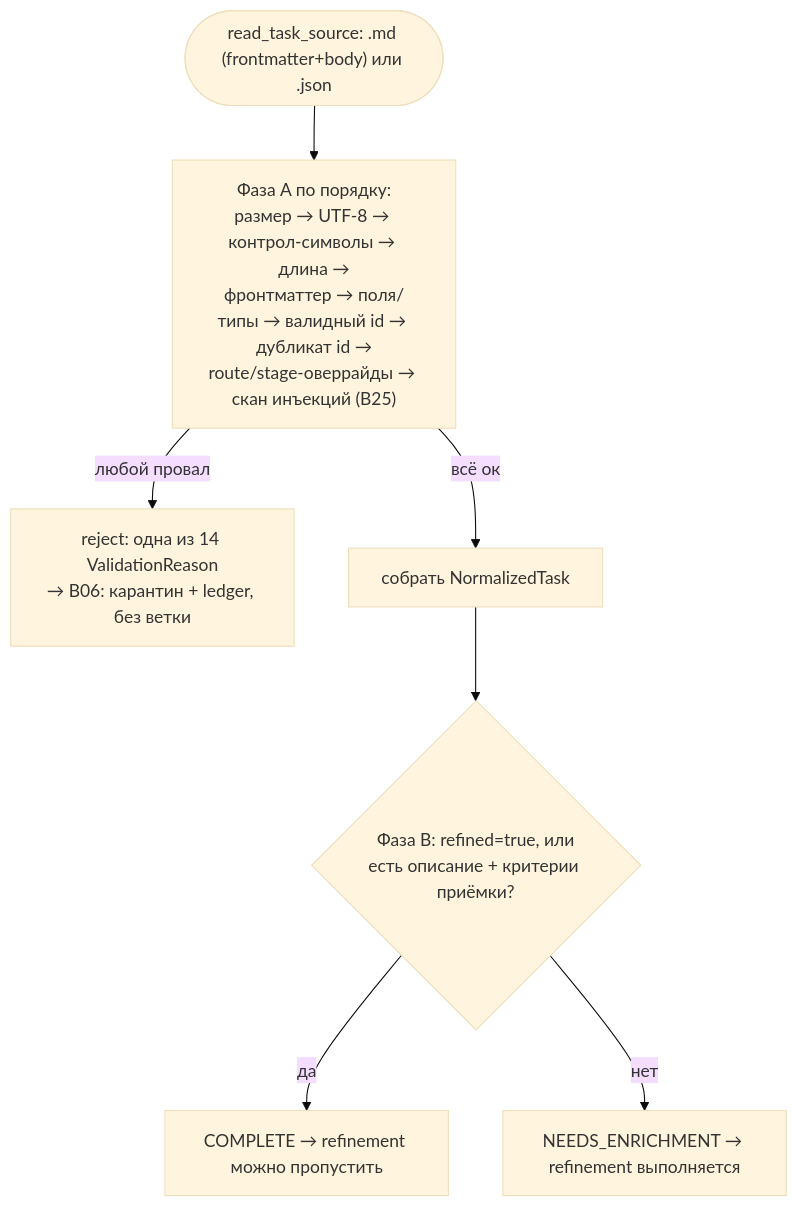
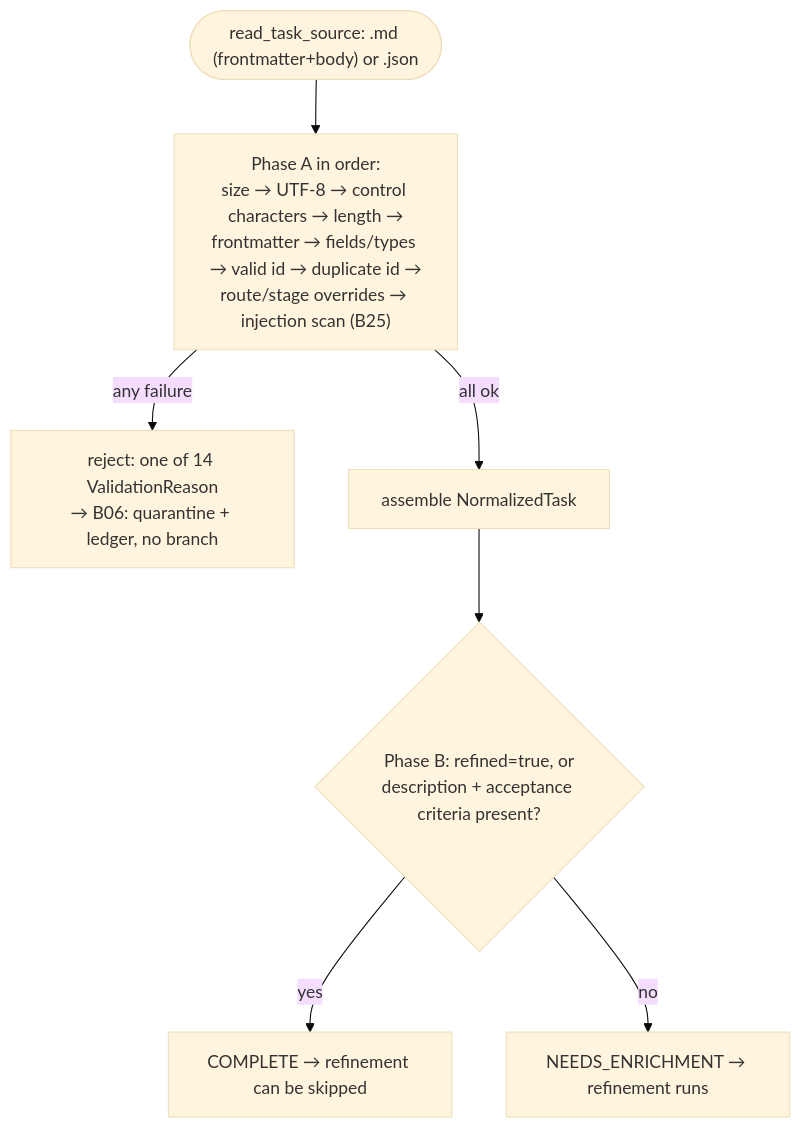
The diagram in docs/functional/blocks/B16-task-parsing-and-validation-gate.md (VladimirMakarevich/wastech-orchestrator), drawn with Mermaid (base theme) before and after one commit. The commit also changed other lines of this file and 41 other files, not shown here.

Commit message:
docs: translate system flows documentation from Russian to English, ensuring clarity and consistency in terminology. Update sequence diagrams and flowcharts to reflect the changes in language. Maintain the structure and references to blocks for ease of navigation.

````diff
--- a/docs/functional/blocks/B16-task-parsing-and-validation-gate.md
+++ b/docs/functional/blocks/B16-task-parsing-and-validation-gate.md
@@ -51,9 +51,9 @@
 ```mermaid
 flowchart TB
-    src(["read_task_source: .md (frontmatter+body) или .json"]) --> checks["Фаза A по порядку:<br/>размер → UTF-8 → контрол-символы → длина →<br/>фронтматтер → поля/типы → валидный id → дубликат id →<br/>route/stage-оверрайды → скан инъекций (B25)"]
-    checks -->|любой провал| rej["reject: одна из 14 ValidationReason<br/>→ B06: карантин + ledger, без ветки"]
-    checks -->|всё ок| nt["собрать NormalizedTask"]
-    nt --> comp{"Фаза B: refined=true, или<br/>есть описание + критерии приёмки?"}
-    comp -->|да| complete["COMPLETE → refinement можно пропустить"]
-    comp -->|нет| enrich["NEEDS_ENRICHMENT → refinement выполняется"]
+    src(["read_task_source: .md (frontmatter+body) or .json"]) --> checks["Phase A in order:<br/>size → UTF-8 → control characters → length →<br/>frontmatter → fields/types → valid id → duplicate id →<br/>route/stage overrides → injection scan (B25)"]
+    checks -->|any failure| rej["reject: one of 14 ValidationReason<br/>→ B06: quarantine + ledger, no branch"]
+    checks -->|all ok| nt["assemble NormalizedTask"]
+    nt --> comp{"Phase B: refined=true, or<br/>description + acceptance criteria present?"}
+    comp -->|yes| complete["COMPLETE → refinement can be skipped"]
+    comp -->|no| enrich["NEEDS_ENRICHMENT → refinement runs"]
 ```
````
